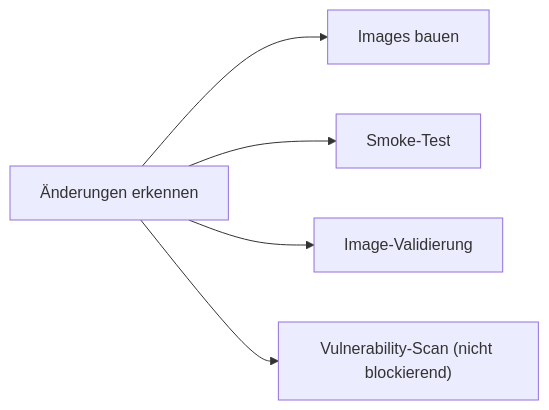
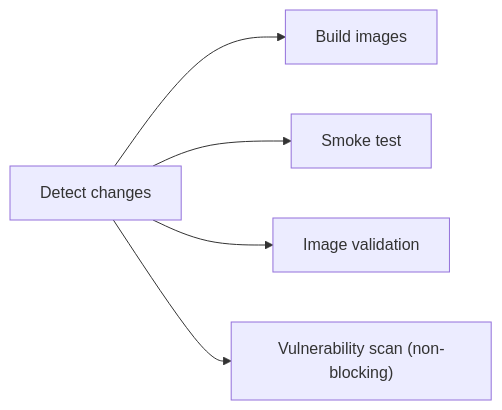
Before and after one commit to tale-project/tale: the first of 2 diagrams in docs/de-CH/develop/contributing-docker.md, drawn with Mermaid. The commit also changed other lines of this file and 329 other files, not shown here.

````diff
--- a/docs/de-CH/develop/contributing-docker.md
+++ b/docs/de-CH/develop/contributing-docker.md
@@ -174,7 +173,7 @@
 ```mermaid
 graph LR
-    A["Änderungen erkennen"] --> B["Images bauen"]
-    A --> C["Smoke-Test"]
-    A --> D["Image-Validierung"]
-    A --> E["Vulnerability-Scan (nicht blockierend)"]
+    A["Detect changes"] --> B["Build images"]
+    A --> C["Smoke test"]
+    A --> D["Image validation"]
+    A --> E["Vulnerability scan (non-blocking)"]
 ```
````
